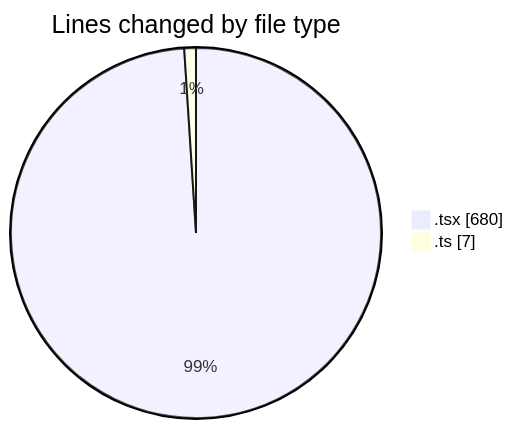
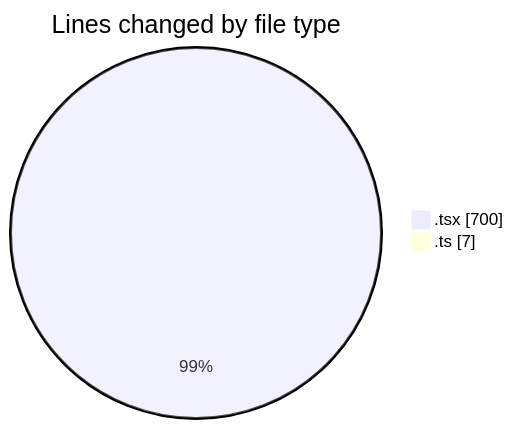
One commit to robertbonfada/code-tracking changed the first of 2 diagrams in 2025-01-29/audiobooks-web/README.md. Above: the diagram before and after it, drawn with Mermaid. The commit also changed other lines of this file and 1 other file, not shown here.

````diff
--- a/2025-01-29/audiobooks-web/README.md
+++ b/2025-01-29/audiobooks-web/README.md
@@ -24,6 +25,6 @@
 ```mermaid
 pie showData
 title Lines changed by file type
-".tsx" : 680
+".tsx" : 700
 ".ts" : 7
 ```
````
